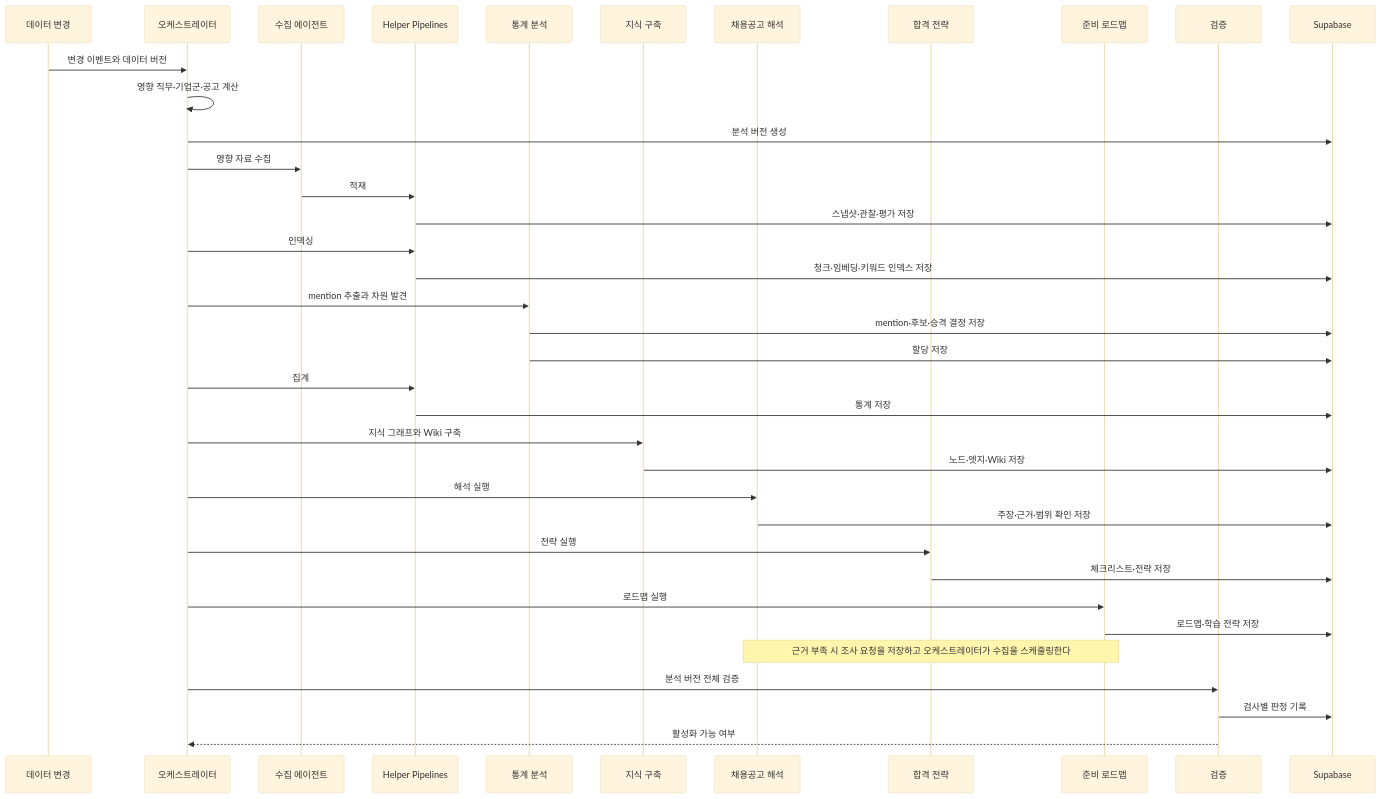
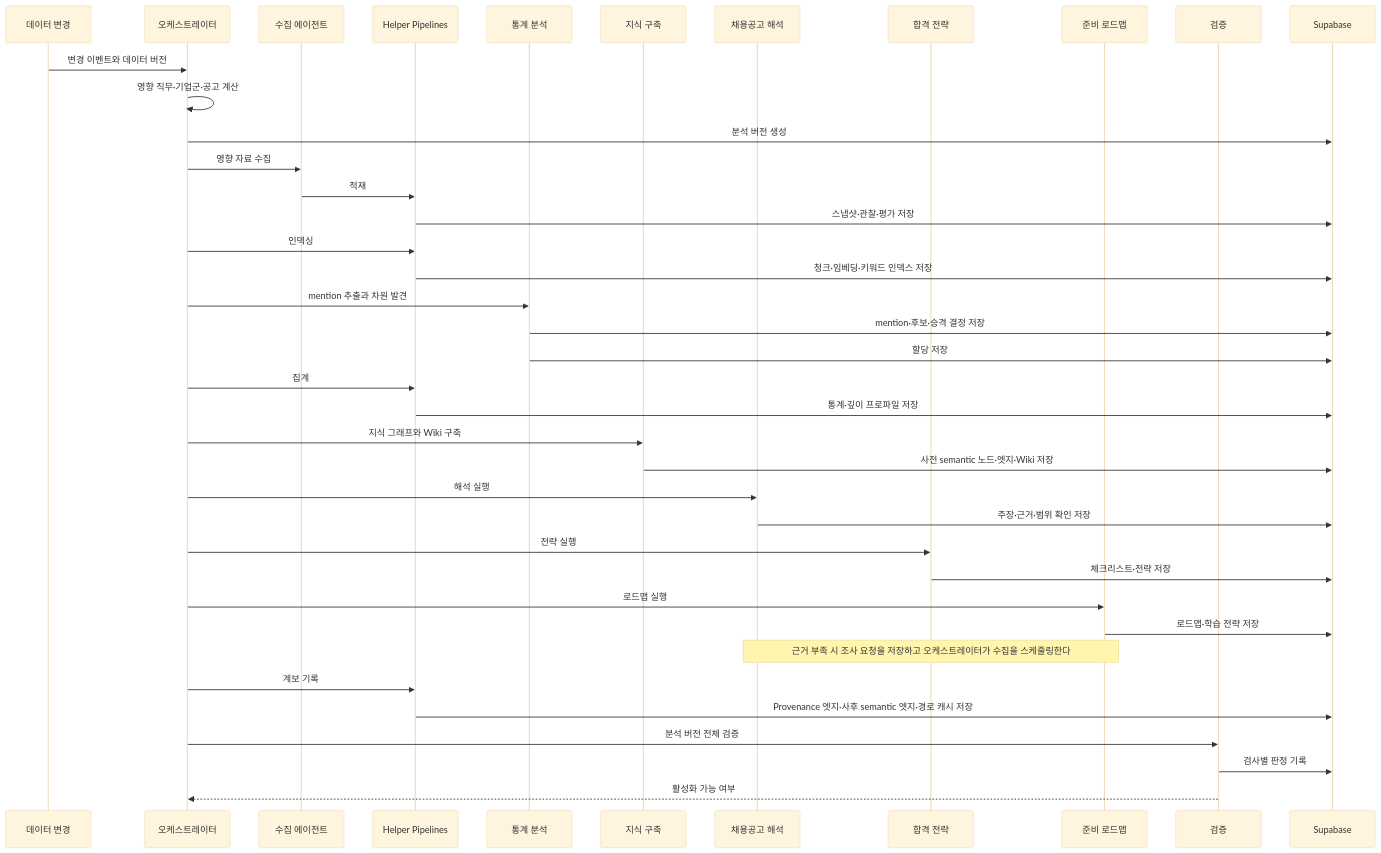
One commit to Mureung1/hub-showcase changed the second of 5 diagrams in docs/architecture.md. Above: the diagram before and after it, drawn with Mermaid (base theme). The commit also changed other lines of this file and 6 other files, not shown here.

Commit message:
docs: split D3 layer and move derived graph writes to a lineage pipeline

````diff
--- a/docs/architecture.md
+++ b/docs/architecture.md
@@ -238,40 +242,42 @@
 ```mermaid
 sequenceDiagram
     participant Source as 데이터 변경
     participant Orch as 오케스트레이터
     participant Collector as 수집 에이전트
     participant Pipe as Helper Pipelines
     participant Stat as 통계 분석
     participant Know as 지식 구축
     participant Inter as 채용공고 해석
     participant Strat as 합격 전략
     participant Road as 준비 로드맵
     participant Verify as 검증
     participant DB as Supabase
 
     Source->>Orch: 변경 이벤트와 데이터 버전
     Orch->>Orch: 영향 직무·기업군·공고 계산
     Orch->>DB: 분석 버전 생성
     Orch->>Collector: 영향 자료 수집
     Collector->>Pipe: 적재
     Pipe->>DB: 스냅샷·관찰·평가 저장
     Orch->>Pipe: 인덱싱
     Pipe->>DB: 청크·임베딩·키워드 인덱스 저장
     Orch->>Stat: mention 추출과 차원 발견
     Stat->>DB: mention·후보·승격 결정 저장
     Stat->>DB: 할당 저장
     Orch->>Pipe: 집계
-    Pipe->>DB: 통계 저장
+    Pipe->>DB: 통계·깊이 프로파일 저장
     Orch->>Know: 지식 그래프와 Wiki 구축
-    Know->>DB: 노드·엣지·Wiki 저장
+    Know->>DB: 사전 semantic 노드·엣지·Wiki 저장
     Orch->>Inter: 해석 실행
     Inter->>DB: 주장·근거·범위 확인 저장
     Orch->>Strat: 전략 실행
     Strat->>DB: 체크리스트·전략 저장
     Orch->>Road: 로드맵 실행
     Road->>DB: 로드맵·학습 전략 저장
     Note over Inter,Road: 근거 부족 시 조사 요청을 저장하고 오케스트레이터가 수집을 스케줄링한다
+    Orch->>Pipe: 계보 기록
+    Pipe->>DB: Provenance 엣지·사후 semantic 엣지·경로 캐시 저장
     Orch->>Verify: 분석 버전 전체 검증
     Verify->>DB: 검사별 판정 기록
     Verify-->>Orch: 활성화 가능 여부
 ```
````
